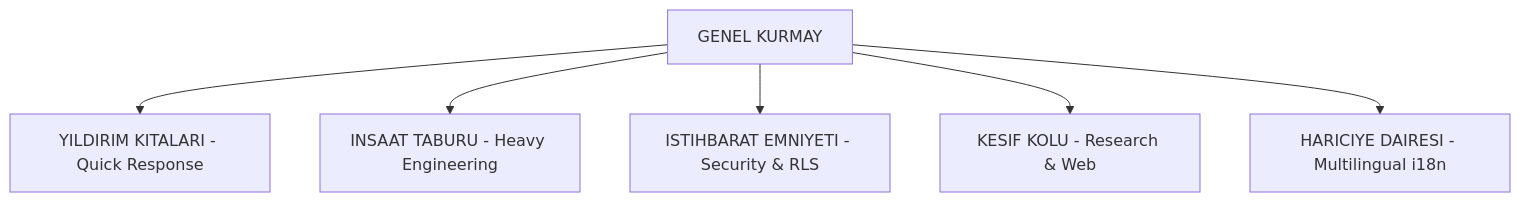
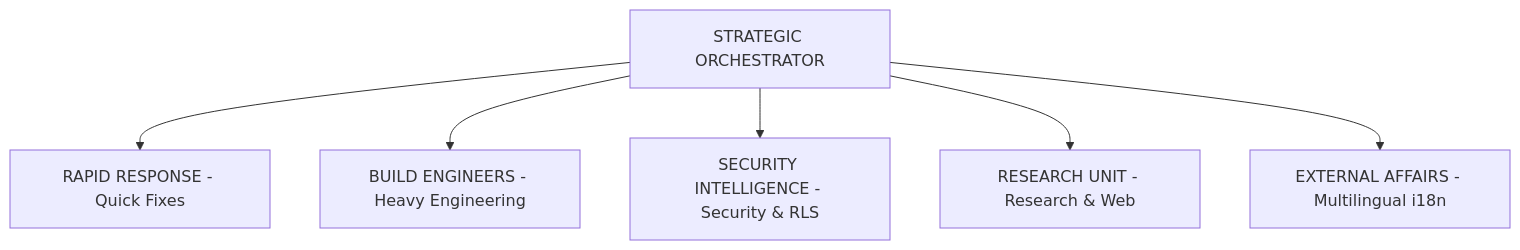
The diagram in .agents/SWARM_DOCTRINE.md (quantummatrixcore-lab/alparai), drawn with Mermaid before and after one commit. The commit also changed other lines of this file and 45 other files, not shown here.

````diff
--- a/.agents/SWARM_DOCTRINE.md
+++ b/.agents/SWARM_DOCTRINE.md
@@ -24,8 +24,8 @@
 ```mermaid
 graph TD
-    OMEGA[GENEL KURMAY] --> ALPHA[YILDIRIM KITALARI - Quick Response]
-    OMEGA --> BETA[INSAAT TABURU - Heavy Engineering]
-    OMEGA --> SENTINEL[ISTIHBARAT EMNIYETI - Security & RLS]
-    OMEGA --> ORACLE[KESIF KOLU - Research & Web]
-    OMEGA --> BABEL[HARICIYE DAIRESI - Multilingual i18n]
+    OMEGA[STRATEGIC ORCHESTRATOR] --> ALPHA[RAPID RESPONSE - Quick Fixes]
+    OMEGA --> BETA[BUILD ENGINEERS - Heavy Engineering]
+    OMEGA --> SENTINEL[SECURITY INTELLIGENCE - Security & RLS]
+    OMEGA --> ORACLE[RESEARCH UNIT - Research & Web]
+    OMEGA --> BABEL[EXTERNAL AFFAIRS - Multilingual i18n]
 ```
````
